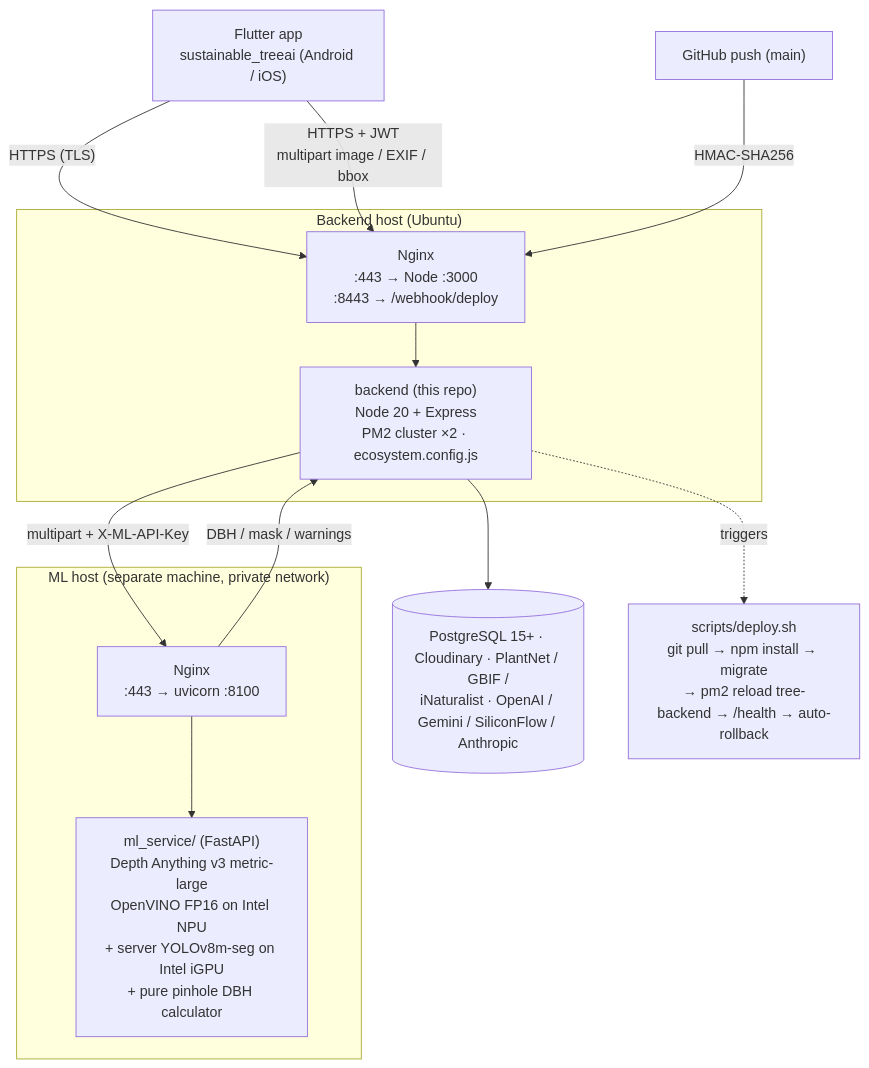
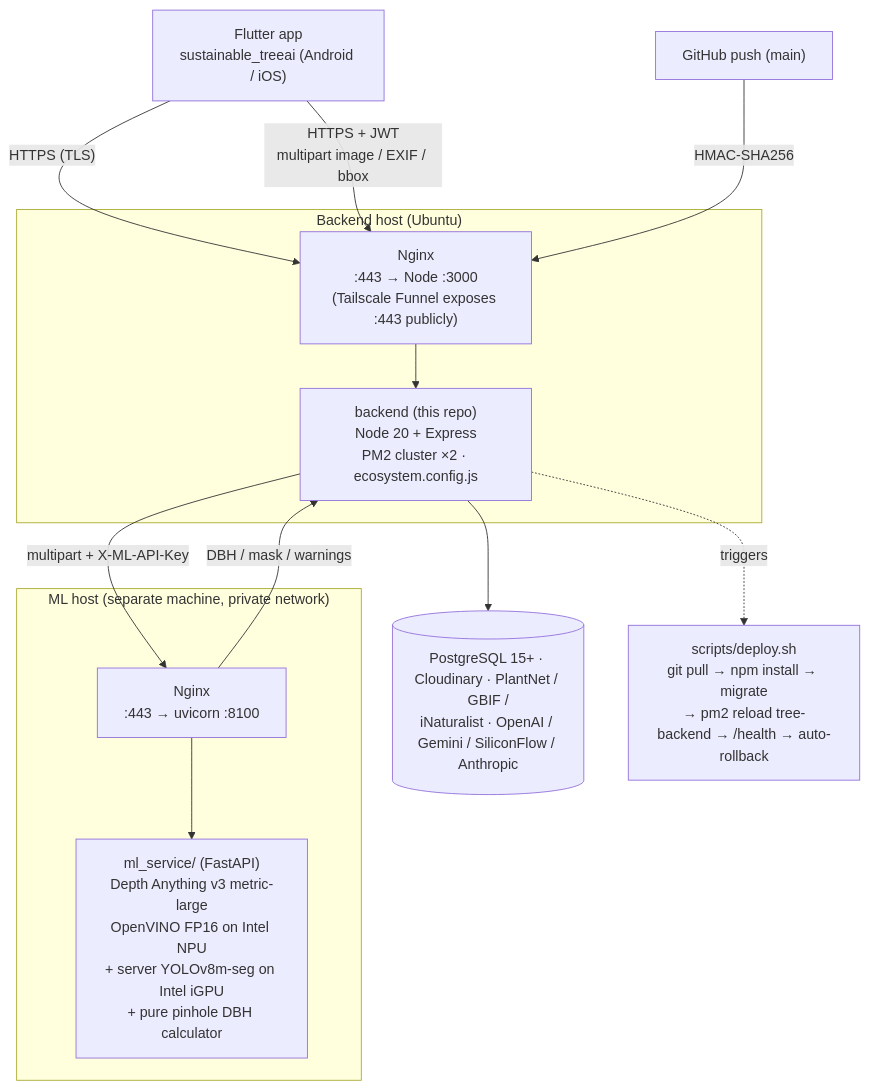
The first of 9 diagrams in README.md (icmnlab/tree-project-backend), drawn with Mermaid before and after one commit. The commit also changed other lines of this file and 1 other file, not shown here.

Commit message:
docs: fix webhook diagram and point to frontend doc hub

````diff
--- a/README.md
+++ b/README.md
@@ -22,22 +26,22 @@
 ```mermaid
 flowchart TB
   app["Flutter app<br/>sustainable_treeai (Android / iOS)"]
   subgraph backendHost["Backend host (Ubuntu)"]
-    nbe["Nginx<br/>:443 → Node :3000<br/>:8443 → /webhook/deploy"]
+    nbe["Nginx<br/>:443 → Node :3000<br/>(Tailscale Funnel exposes :443 publicly)"]
     be["backend (this repo)<br/>Node 20 + Express<br/>PM2 cluster ×2 · ecosystem.config.js"]
     nbe --> be
   end
   subgraph mlHost["ML host (separate machine, private network)"]
     nml["Nginx<br/>:443 → uvicorn :8100"]
     ml["ml_service/ (FastAPI)<br/>Depth Anything v3 metric-large<br/>OpenVINO FP16 on Intel NPU<br/>+ server YOLOv8m-seg on Intel iGPU<br/>+ pure pinhole DBH calculator"]
     nml --> ml
   end
   ext[("PostgreSQL 15+ · Cloudinary · PlantNet / GBIF /<br/>iNaturalist · OpenAI / Gemini / SiliconFlow / Anthropic")]
   app -- "HTTPS (TLS)" --> nbe
   app -- "HTTPS + JWT<br/>multipart image / EXIF / bbox" --> nbe
   be -- "multipart + X-ML-API-Key" --> nml
   nml -- "DBH / mask / warnings" --> be
   be --> ext
   gh["GitHub push (main)"] -- "HMAC-SHA256" --> nbe
   be -. triggers .-> deploy["scripts/deploy.sh<br/>git pull → npm install → migrate<br/>→ pm2 reload tree-backend → /health → auto-rollback"]
 ```
````
